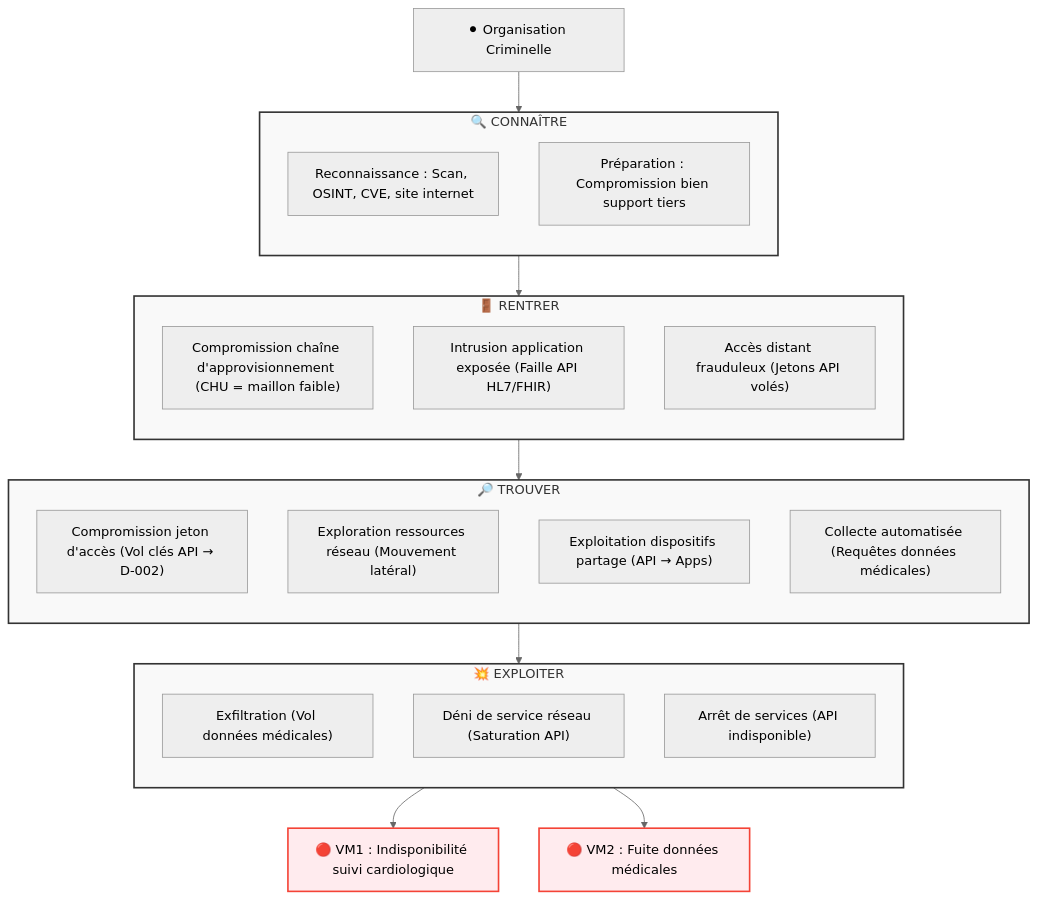
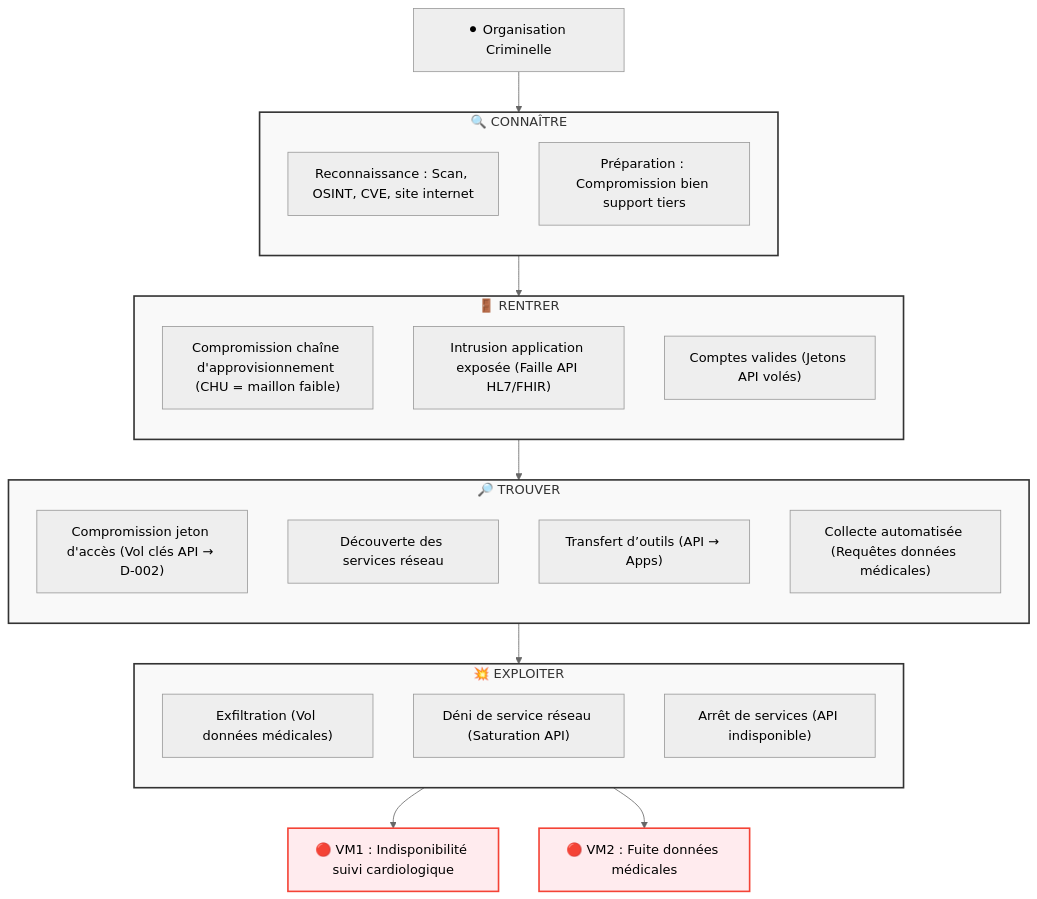
The diagram in semaine-5-ebios-rm/4-compromission-chu-api.md (solenefig-lab/grc-pme-fictive), drawn with Mermaid before and after one commit. The commit also changed other lines of this file and 7 other files, not shown here.

````diff
--- a/semaine-5-ebios-rm/4-compromission-chu-api.md
+++ b/semaine-5-ebios-rm/4-compromission-chu-api.md
@@ -253,49 +256,49 @@
 ```mermaid
 %%{init: {'theme': 'neutral'}}%%
 flowchart TD
     SR["⚫ Organisation Criminelle"]
     SR --> CONNAÎTRE
   
     subgraph CONNAÎTRE["🔍 CONNAÎTRE"]
         direction TB
         E1-E4["Reconnaissance : Scan, OSINT, CVE, site internet"]
         E5["Préparation : Compromission bien support tiers"]
     end
 
     subgraph RENTRER["🚪 RENTRER"]
         direction TB
         E6["Compromission chaîne d'approvisionnement (CHU = maillon faible)"]
         E7["Intrusion application exposée (Faille API HL7/FHIR)"]
-        E8["Accès distant frauduleux (Jetons API volés)"]
+        E8["Comptes valides (Jetons API volés)"]
     end
 
     subgraph TROUVER["🔎 TROUVER"]
         direction TB
         E9["Compromission jeton d'accès (Vol clés API → D-002)"]
-        E10["Exploration ressources réseau (Mouvement latéral)"]
-        E11["Exploitation dispositifs partage (API → Apps)"]
+        E10["Découverte des services réseau"]
+        E11["Transfert d’outils (API → Apps)"]
         E12["Collecte automatisée (Requêtes données médicales)"]
     end
 
     subgraph EXPLOITER["💥 EXPLOITER"]
         direction TB
         E13["Exfiltration (Vol données médicales)"]
         E14["Déni de service réseau (Saturation API)"]
         E15["Arrêt de services (API indisponible)"]
     end
 
     %% Liens entre phases
     CONNAÎTRE --> RENTRER
     RENTRER --> TROUVER
     TROUVER --> EXPLOITER
 
     %% Impacts sur VM1 et VM2
     EXPLOITER --> VM1["🔴 VM1 : Indisponibilité suivi cardiologique"]
     EXPLOITER --> VM2["🔴 VM2 : Fuite données médicales"]
 
     %% Style
     classDef phase fill:#f9f9f9,stroke:#333,stroke-width:2px;
     class CONNAÎTRE,RENTRER,TROUVER,EXPLOITER phase;
     classDef impact fill:#ffebee,stroke:#f44336,stroke-width:2px;
     class VM1,VM2 impact;
 ```
````
